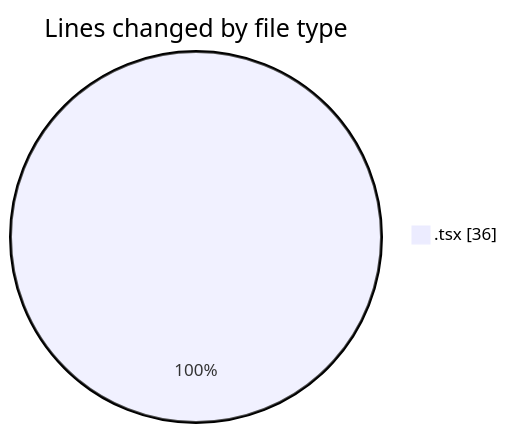
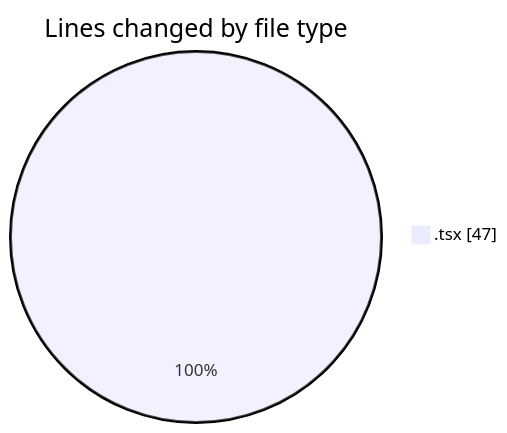
The first of 2 diagrams in 2026-03-15/nxtqube_webapp/README.md (nxtqubesakshisongat/code-tracking), drawn with Mermaid before and after one commit. The commit also changed other lines of this file and 1 other file, not shown here.

````diff
--- a/2026-03-15/nxtqube_webapp/README.md
+++ b/2026-03-15/nxtqube_webapp/README.md
@@ -20,5 +20,5 @@
 ```mermaid
 pie showData
 title Lines changed by file type
-".tsx" : 36
+".tsx" : 47
 ```
````
